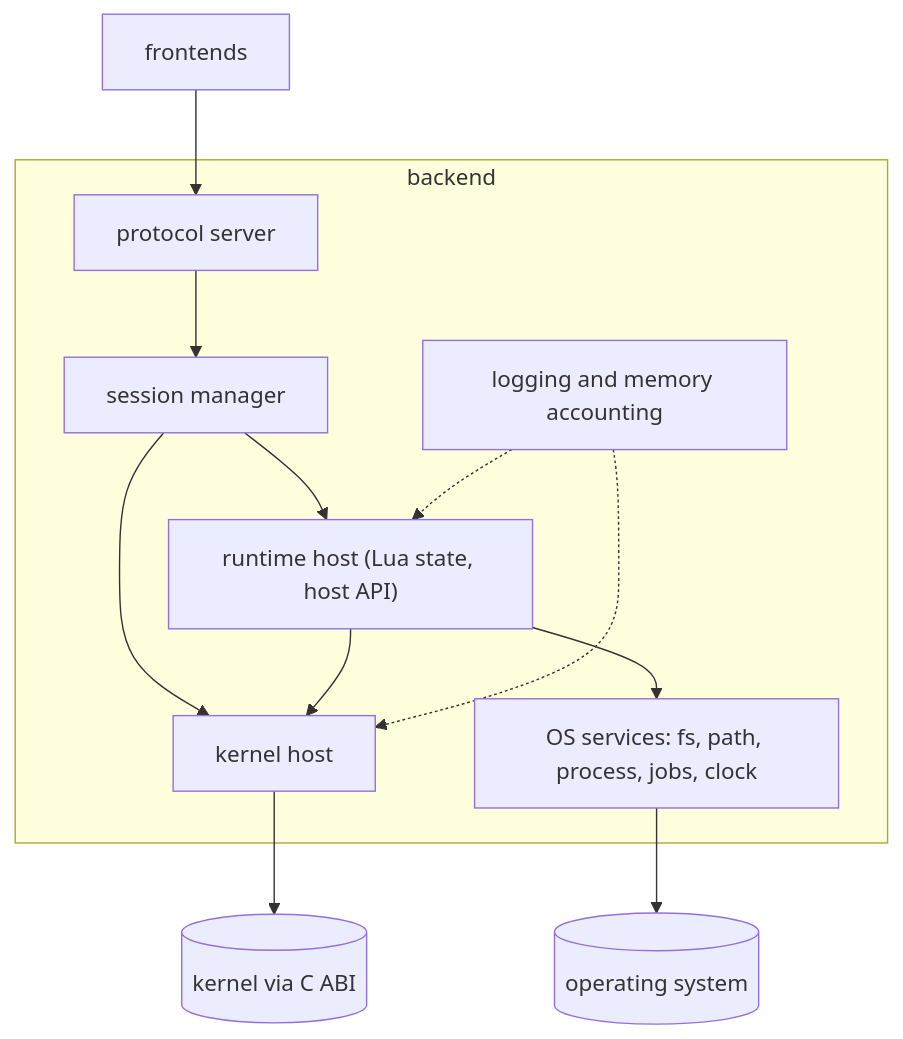
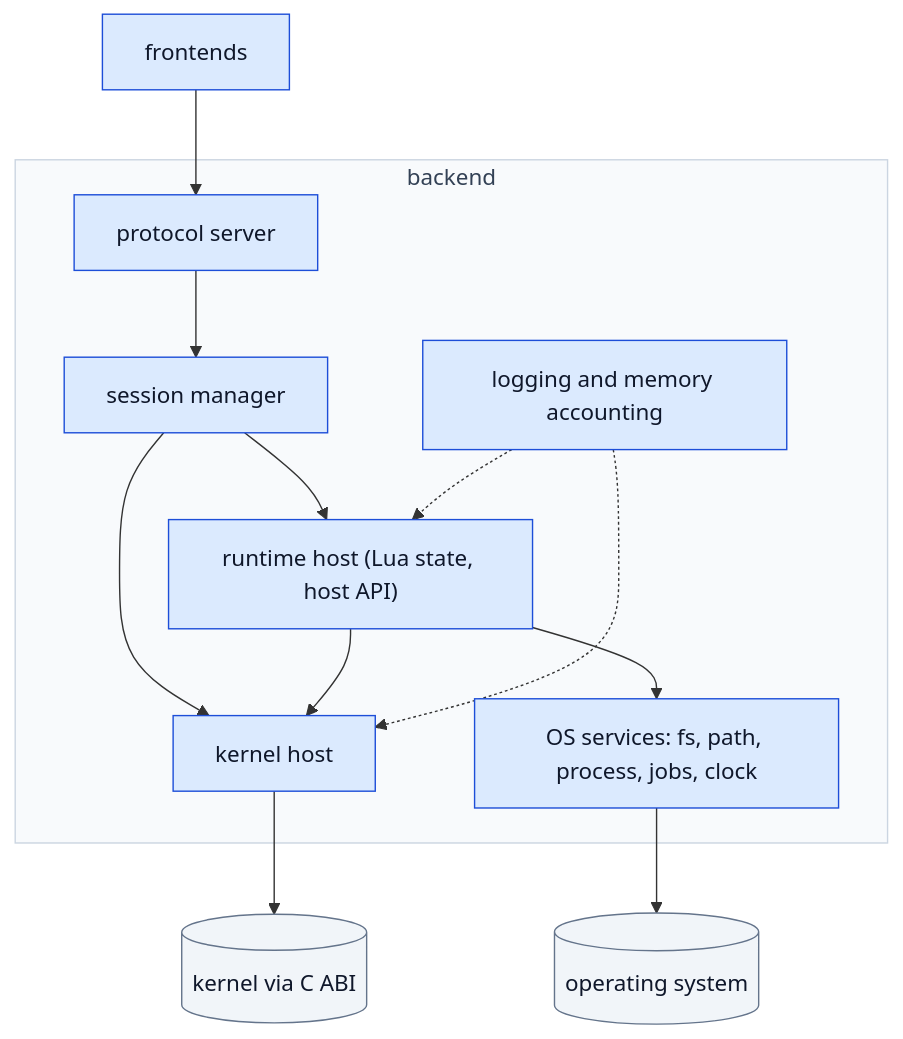
Before and after one commit to cdin-editor/spec: the first of 2 diagrams in docs/components/backend.md, drawn with Mermaid. The commit also changed other lines of this file and 6 other files, not shown here.

````diff
--- a/docs/components/backend.md
+++ b/docs/components/backend.md
@@ -18,21 +18,27 @@
 ```mermaid
 flowchart TB
     subgraph BE["backend"]
         SES["session manager"]
         PS["protocol server"]
         KH["kernel host"]
         RH["runtime host (Lua state, host API)"]
         OSS["OS services: fs, path, process, jobs, clock"]
         LOG["logging and memory accounting"]
     end
     FE["frontends"] --> PS
     PS --> SES
     SES --> KH
     SES --> RH
     RH --> KH
     RH --> OSS
     KH --> K[("kernel via C ABI")]
     OSS --> OS[("operating system")]
     LOG -.-> KH
     LOG -.-> RH
+    classDef comp fill:#dbeafe,stroke:#1d4ed8,color:#0f172a
+    classDef ext fill:#f1f5f9,stroke:#64748b,color:#0f172a
+    classDef group fill:#f8fafc,stroke:#cbd5e1,color:#334155
+    class FE,KH,LOG,OSS,PS,RH,SES comp
+    class K,OS ext
+    class BE group
 ```
````
